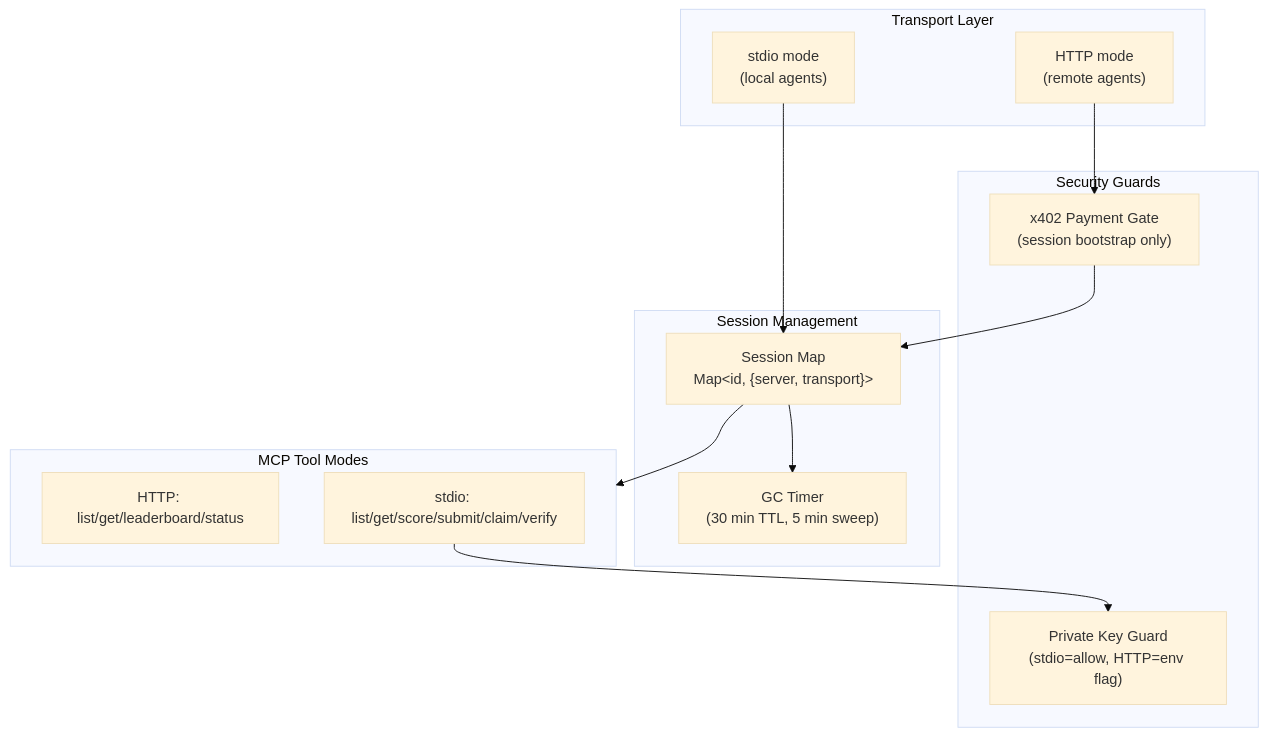
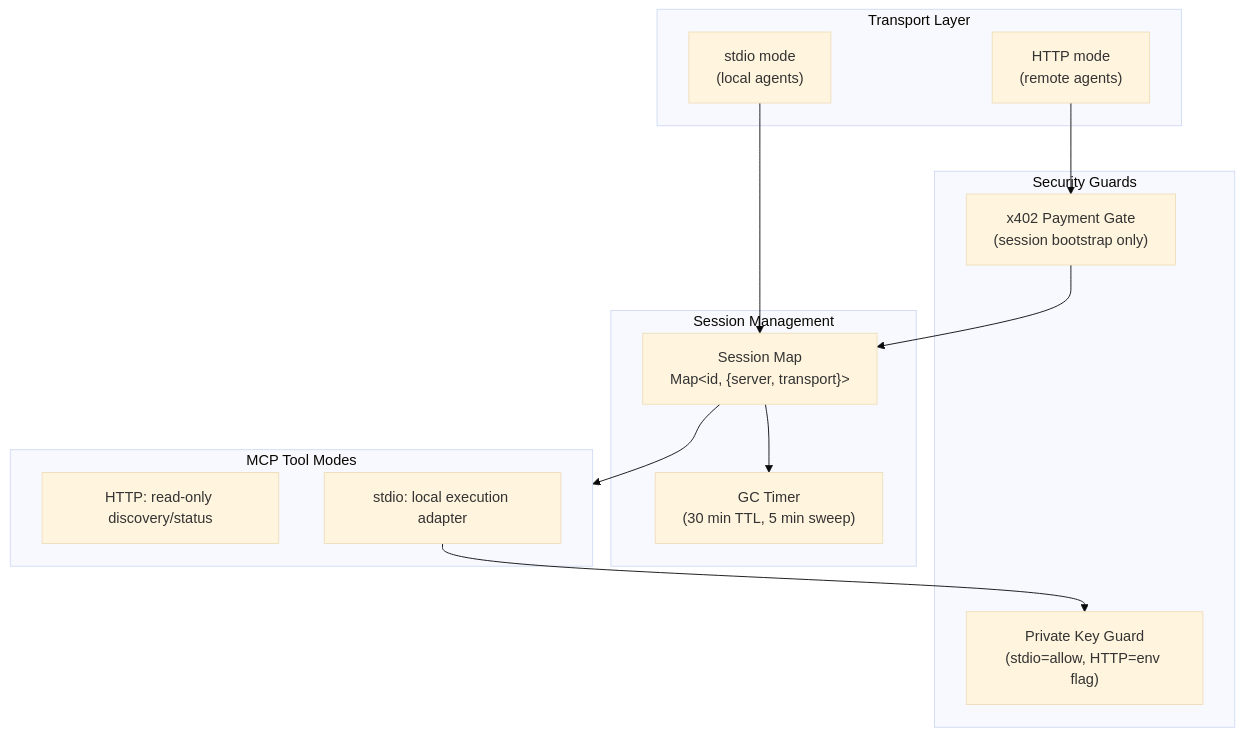
Diagram 11 of 16 in docs/architecture.md (andymolecule/Hermes), drawn with Mermaid (base theme) before and after one commit. The commit also changed other lines of this file and 21 other files, not shown here.

````diff
--- a/docs/architecture.md
+++ b/docs/architecture.md
@@ -467,29 +469,29 @@
 ```mermaid
 flowchart TB
     subgraph Transport["Transport Layer"]
         STDIO["stdio mode<br/>(local agents)"]
         HTTP["HTTP mode<br/>(remote agents)"]
     end
 
     subgraph Sessions["Session Management"]
         SM["Session Map<br/>Map&lt;id, {server, transport}&gt;"]
         GC["GC Timer<br/>(30 min TTL, 5 min sweep)"]
     end
 
     subgraph Guard["Security Guards"]
         X402["x402 Payment Gate<br/>(session bootstrap only)"]
         PKG["Private Key Guard<br/>(stdio=allow, HTTP=env flag)"]
     end
 
     subgraph Tools["MCP Tool Modes"]
-        R1["HTTP: list/get/leaderboard/status"]
-        L1["stdio: list/get/score/submit/claim/verify"]
+        R1["HTTP: read-only discovery/status"]
+        L1["stdio: local execution adapter"]
     end
 
     STDIO --> SM
     HTTP --> X402
     X402 --> SM
     SM --> GC
     SM --> Tools
     L1 --> PKG
 ```
````
